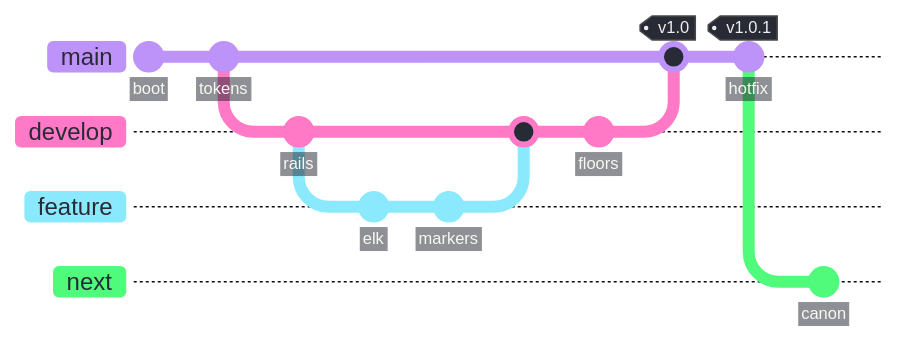
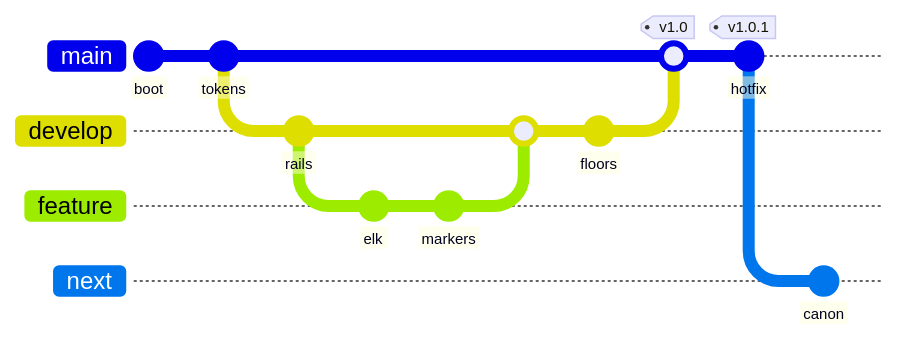
One commit to bsamiee/Rasm changed diagram 16 of 25 in .claude/skills/mermaid-diagramming/references/syntax-extended.md. Above: the diagram before and after it, drawn with Mermaid. The commit also changed other lines of this file and 28 other files, not shown here.

Commit message:
skills(docgen+mermaid): payload-only diagram law — docgen gate/fixer strips fence styling; mermaid bundle sheds the styling canon, theming survives as one opt-in reference

````diff
--- a/.claude/skills/mermaid-diagramming/references/syntax-extended.md
+++ b/.claude/skills/mermaid-diagramming/references/syntax-extended.md
@@ -869,50 +490,28 @@
 ```mermaid
 ---
 config:
-  theme: base
-  look: classic
   gitGraph:
     rotateCommitLabel: false
-  themeVariables:
-    darkMode: true
-    fontFamily: "SF Mono, Menlo, Cascadia Mono, Segoe UI Mono, Consolas, monospace"
-    useGradient: false
-    dropShadow: "none"
-    mainBkg: "#282A36"
-    primaryColor: "#282A36"
-    git0: "#BD93F9"
-    git1: "#FF79C6"
-    git2: "#8BE9FD"
-    git3: "#50FA7B"
-    gitBranchLabel0: "#282A36"
-    gitBranchLabel1: "#282A36"
-    gitBranchLabel2: "#282A36"
-    gitBranchLabel3: "#282A36"
-    commitLabelColor: "#F8F8F2"
-    commitLabelBackground: "#21222C"
-    commitLabelFontSize: "11px"
-    tagLabelFontSize: "11px"
-  themeCSS: ".arrow{stroke-width:2px}.arrow3{stroke-dasharray:6 6}.commit-bullets circle{transform-box:fill-box;transform-origin:center;transform:scale(.75)}.tag-label-bkg{fill:#FFD86654;stroke:#FFD866}.tag-label{fill:#F8F8F2}.tag-hole{fill:#282A36}"
 ---
 gitGraph LR:
   accTitle: Release branch history
   accDescr: A develop branch cut from main, a feature merged into develop, develop merged back for a tagged release, and an in-flight next branch cut after the release.
   commit id: "boot"
   commit id: "tokens"
   branch develop
   checkout develop
   commit id: "rails"
   branch feature
   checkout feature
   commit id: "elk"
   commit id: "markers"
   checkout develop
   merge feature
   commit id: "floors"
   checkout main
   merge develop tag: "v1.0"
   commit id: "hotfix" tag: "v1.0.1"
   branch next
   checkout next
   commit id: "canon"
 ```
````
